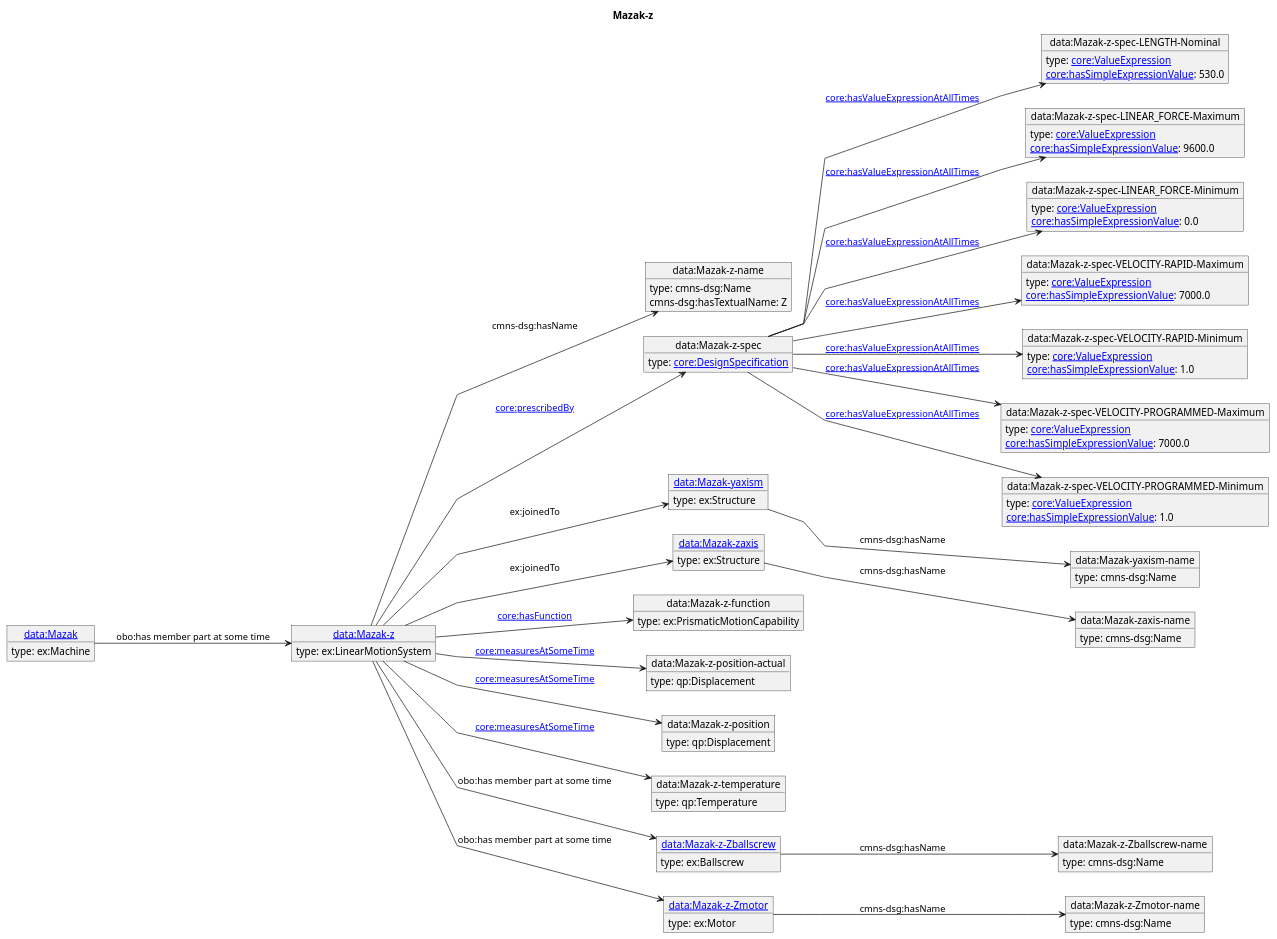
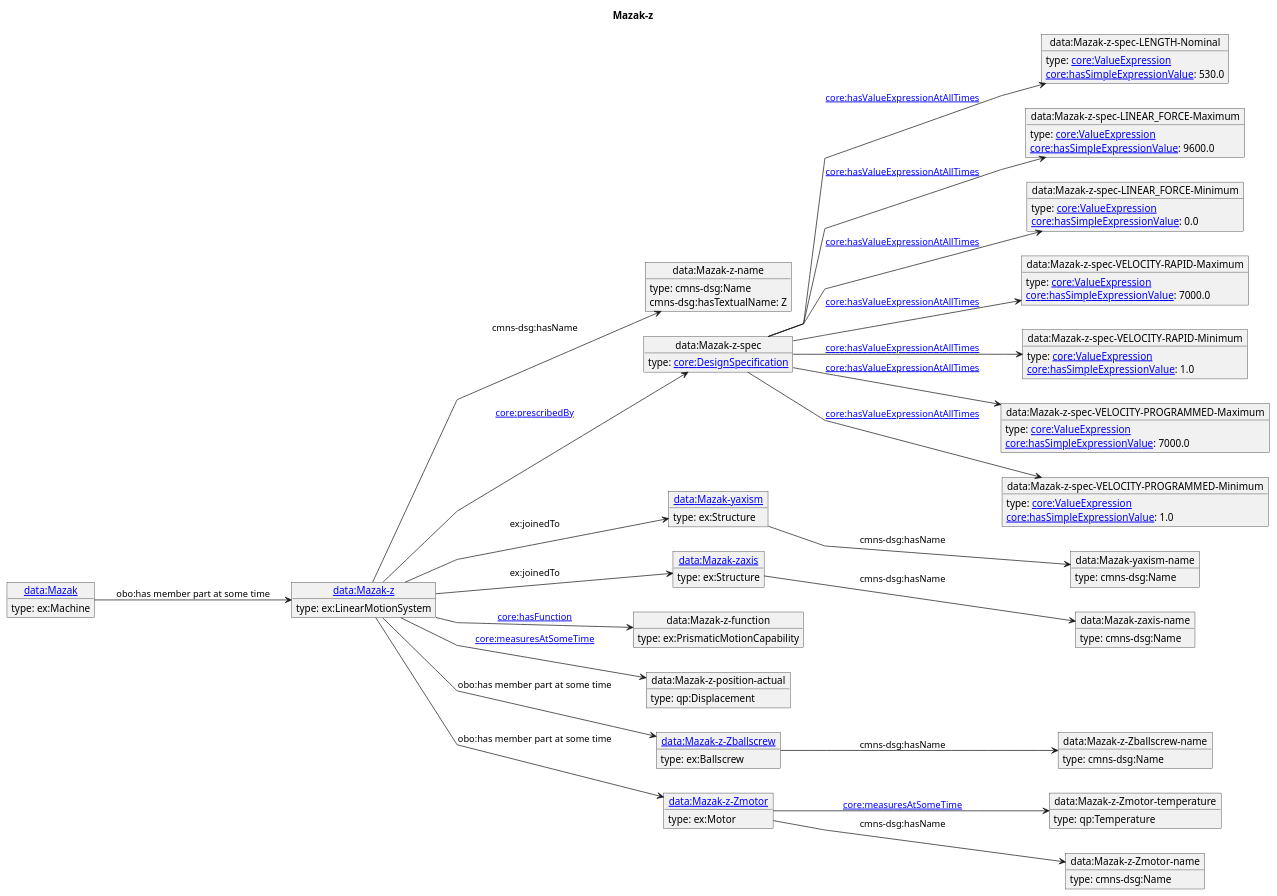
The diagram in diagrams/Mazak-z.puml (iofoundry/example-syseng-mtconnect), drawn with PlantUML before and after one commit. The commit also changed 25 other files, not shown here.

```diff
--- a/diagrams/Mazak-z.puml
+++ b/diagrams/Mazak-z.puml
@@ -1,104 +1,100 @@
 @startuml
 skinparam linetype polyline
 left to right direction
 title Mazak-z
 object "[[./Mazak-z.html data:Mazak-z]]" as o1 {
  type: ex:LinearMotionSystem 
 }
 object "data:Mazak-z-name" as o2 {
  type: cmns-dsg:Name 
 }
 object "data:Mazak-z-spec" as o3 {
  type: [[https://spec.industrialontologies.org/ontology/core/Core/DesignSpecification core:DesignSpecification]] 
 }
 object "data:Mazak-z-spec-LENGTH-Nominal" as o4 {
  type: [[https://spec.industrialontologies.org/ontology/core/Core/ValueExpression core:ValueExpression]] 
 }
 object "data:Mazak-z-spec-LINEAR_FORCE-Maximum" as o5 {
  type: [[https://spec.industrialontologies.org/ontology/core/Core/ValueExpression core:ValueExpression]] 
 }
 object "data:Mazak-z-spec-LINEAR_FORCE-Minimum" as o6 {
  type: [[https://spec.industrialontologies.org/ontology/core/Core/ValueExpression core:ValueExpression]] 
 }
 object "data:Mazak-z-spec-VELOCITY-RAPID-Maximum" as o7 {
  type: [[https://spec.industrialontologies.org/ontology/core/Core/ValueExpression core:ValueExpression]] 
 }
 object "data:Mazak-z-spec-VELOCITY-RAPID-Minimum" as o8 {
  type: [[https://spec.industrialontologies.org/ontology/core/Core/ValueExpression core:ValueExpression]] 
 }
 object "data:Mazak-z-spec-VELOCITY-PROGRAMMED-Maximum" as o9 {
  type: [[https://spec.industrialontologies.org/ontology/core/Core/ValueExpression core:ValueExpression]] 
 }
 object "data:Mazak-z-spec-VELOCITY-PROGRAMMED-Minimum" as o10 {
  type: [[https://spec.industrialontologies.org/ontology/core/Core/ValueExpression core:ValueExpression]] 
 }
 object "[[./Mazak-yaxism.html data:Mazak-yaxism]]" as o11 {
  type: ex:Structure 
 }
 object "data:Mazak-yaxism-name" as o12 {
  type: cmns-dsg:Name 
 }
 object "[[./Mazak-zaxis.html data:Mazak-zaxis]]" as o13 {
  type: ex:Structure 
 }
 object "data:Mazak-zaxis-name" as o14 {
  type: cmns-dsg:Name 
 }
 object "data:Mazak-z-function" as o15 {
  type: ex:PrismaticMotionCapability 
 }
 object "data:Mazak-z-position-actual" as o16 {
  type: qp:Displacement 
 }
-object "data:Mazak-z-position" as o17 {
- type: qp:Displacement 
+object "[[./Mazak-z-Zballscrew.html data:Mazak-z-Zballscrew]]" as o17 {
+ type: ex:Ballscrew 
 }
-object "data:Mazak-z-temperature" as o18 {
+object "data:Mazak-z-Zballscrew-name" as o18 {
+ type: cmns-dsg:Name 
+}
+object "[[./Mazak-z-Zmotor.html data:Mazak-z-Zmotor]]" as o19 {
+ type: ex:Motor 
+}
+object "data:Mazak-z-Zmotor-temperature" as o20 {
  type: qp:Temperature 
 }
-object "[[./Mazak-z-Zballscrew.html data:Mazak-z-Zballscrew]]" as o19 {
- type: ex:Ballscrew 
-}
-object "data:Mazak-z-Zballscrew-name" as o20 {
+object "data:Mazak-z-Zmotor-name" as o21 {
  type: cmns-dsg:Name 
 }
-object "[[./Mazak-z-Zmotor.html data:Mazak-z-Zmotor]]" as o21 {
- type: ex:Motor 
-}
-object "data:Mazak-z-Zmotor-name" as o22 {
- type: cmns-dsg:Name 
-}
-object "[[./Mazak.html data:Mazak]]" as o23 {
+object "[[./Mazak.html data:Mazak]]" as o22 {
  type: ex:Machine 
 }
 o1 --> o2 : cmns-dsg:hasName
 o2 : cmns-dsg:hasTextualName: Z
 o1 --> o3 : [[https://spec.industrialontologies.org/ontology/core/Core/prescribedBy core:prescribedBy]]
 o3 --> o4 : [[https://spec.industrialontologies.org/ontology/core/Core/hasValueExpressionAtAllTimes core:hasValueExpressionAtAllTimes]]
 o4 : [[https://spec.industrialontologies.org/ontology/core/Core/hasSimpleExpressionValue core:hasSimpleExpressionValue]]: 530.0
 o3 --> o5 : [[https://spec.industrialontologies.org/ontology/core/Core/hasValueExpressionAtAllTimes core:hasValueExpressionAtAllTimes]]
 o5 : [[https://spec.industrialontologies.org/ontology/core/Core/hasSimpleExpressionValue core:hasSimpleExpressionValue]]: 9600.0
 o3 --> o6 : [[https://spec.industrialontologies.org/ontology/core/Core/hasValueExpressionAtAllTimes core:hasValueExpressionAtAllTimes]]
 o6 : [[https://spec.industrialontologies.org/ontology/core/Core/hasSimpleExpressionValue core:hasSimpleExpressionValue]]: 0.0
 o3 --> o7 : [[https://spec.industrialontologies.org/ontology/core/Core/hasValueExpressionAtAllTimes core:hasValueExpressionAtAllTimes]]
 o7 : [[https://spec.industrialontologies.org/ontology/core/Core/hasSimpleExpressionValue core:hasSimpleExpressionValue]]: 7000.0
 o3 --> o8 : [[https://spec.industrialontologies.org/ontology/core/Core/hasValueExpressionAtAllTimes core:hasValueExpressionAtAllTimes]]
 o8 : [[https://spec.industrialontologies.org/ontology/core/Core/hasSimpleExpressionValue core:hasSimpleExpressionValue]]: 1.0
 o3 --> o9 : [[https://spec.industrialontologies.org/ontology/core/Core/hasValueExpressionAtAllTimes core:hasValueExpressionAtAllTimes]]
 o9 : [[https://spec.industrialontologies.org/ontology/core/Core/hasSimpleExpressionValue core:hasSimpleExpressionValue]]: 7000.0
 o3 --> o10 : [[https://spec.industrialontologies.org/ontology/core/Core/hasValueExpressionAtAllTimes core:hasValueExpressionAtAllTimes]]
 o10 : [[https://spec.industrialontologies.org/ontology/core/Core/hasSimpleExpressionValue core:hasSimpleExpressionValue]]: 1.0
 o1 --> o11 : ex:joinedTo
 o11 --> o12 : cmns-dsg:hasName
 o1 --> o13 : ex:joinedTo
 o13 --> o14 : cmns-dsg:hasName
 o1 --> o15 : [[https://spec.industrialontologies.org/ontology/core/Core/hasFunction core:hasFunction]]
 o1 --> o16 : [[https://spec.industrialontologies.org/ontology/core/Core/measuresAtSomeTime core:measuresAtSomeTime]]
-o1 --> o17 : [[https://spec.industrialontologies.org/ontology/core/Core/measuresAtSomeTime core:measuresAtSomeTime]]
-o1 --> o18 : [[https://spec.industrialontologies.org/ontology/core/Core/measuresAtSomeTime core:measuresAtSomeTime]]
+o1 --> o17 : obo:has member part at some time
+o17 --> o18 : cmns-dsg:hasName
 o1 --> o19 : obo:has member part at some time
-o19 --> o20 : cmns-dsg:hasName
-o1 --> o21 : obo:has member part at some time
-o21 --> o22 : cmns-dsg:hasName
-o23 --> o1 : obo:has member part at some time
+o19 --> o20 : [[https://spec.industrialontologies.org/ontology/core/Core/measuresAtSomeTime core:measuresAtSomeTime]]
+o19 --> o21 : cmns-dsg:hasName
+o22 --> o1 : obo:has member part at some time
 @enduml
```
